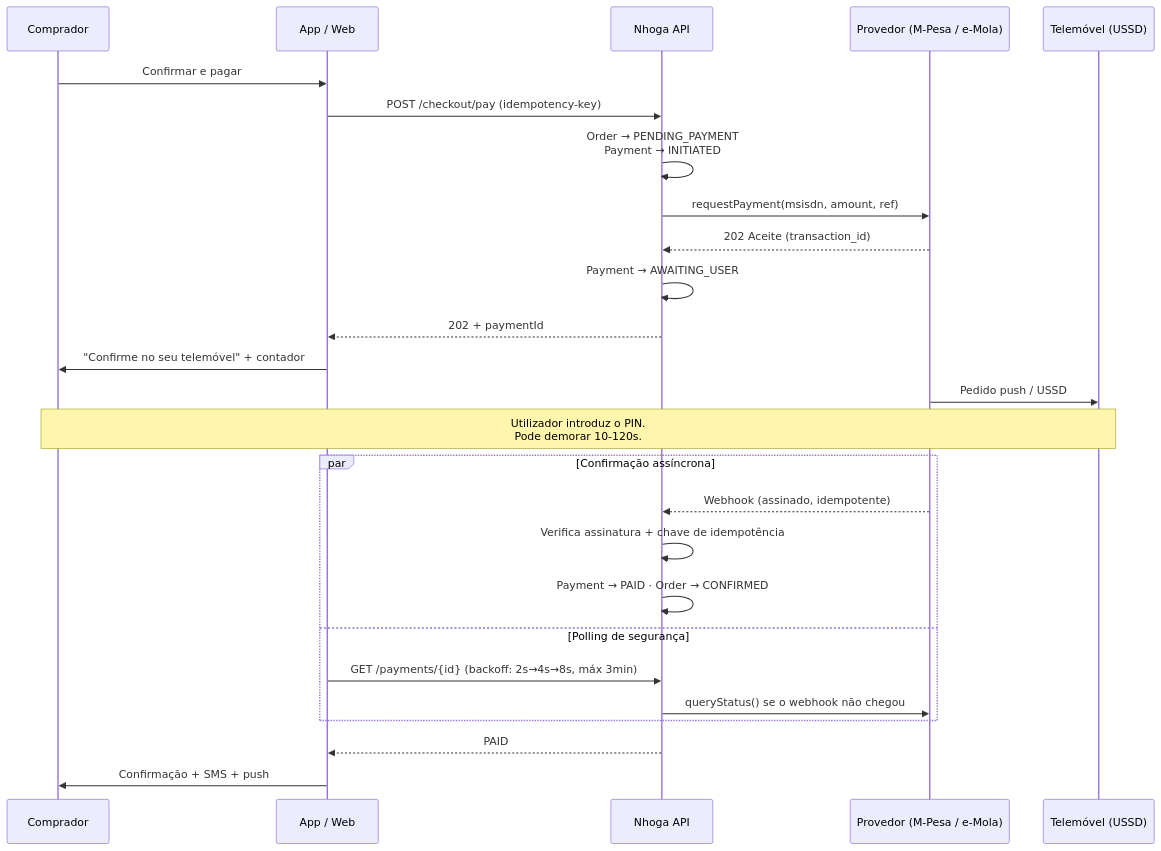
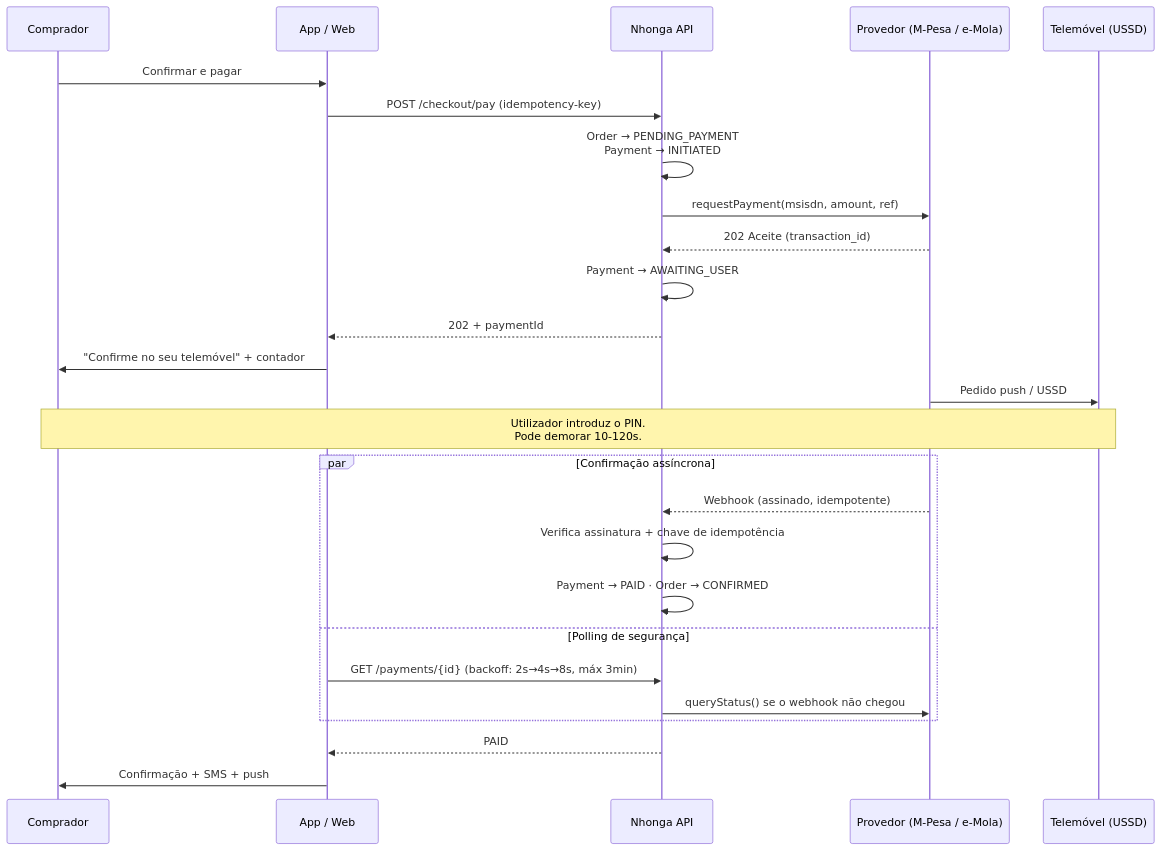
The second of 12 diagrams in docs/phase-1-design/02-user-flows.md (Teo-Ink/nhonga), drawn with Mermaid before and after one commit. The commit also changed other lines of this file and 28 other files, not shown here.

````diff
--- a/docs/phase-1-design/02-user-flows.md
+++ b/docs/phase-1-design/02-user-flows.md
@@ -50,32 +50,32 @@
 ```mermaid
 sequenceDiagram
     participant U as Comprador
     participant A as App / Web
-    participant API as Nhoga API
+    participant API as Nhonga API
     participant P as Provedor (M-Pesa / e-Mola)
     participant H as Telemóvel (USSD)
 
     U->>A: Confirmar e pagar
     A->>API: POST /checkout/pay (idempotency-key)
     API->>API: Order → PENDING_PAYMENT<br/>Payment → INITIATED
     API->>P: requestPayment(msisdn, amount, ref)
     P-->>API: 202 Aceite (transaction_id)
     API->>API: Payment → AWAITING_USER
     API-->>A: 202 + paymentId
     A->>U: "Confirme no seu telemóvel" + contador
 
     P->>H: Pedido push / USSD
     Note over U,H: Utilizador introduz o PIN.<br/>Pode demorar 10-120s.
 
     par Confirmação assíncrona
         P-->>API: Webhook (assinado, idempotente)
         API->>API: Verifica assinatura + chave de idempotência
         API->>API: Payment → PAID · Order → CONFIRMED
     and Polling de segurança
         A->>API: GET /payments/{id} (backoff: 2s→4s→8s, máx 3min)
         API->>P: queryStatus() se o webhook não chegou
     end
 
     API-->>A: PAID
     A->>U: Confirmação + SMS + push
 ```
````
